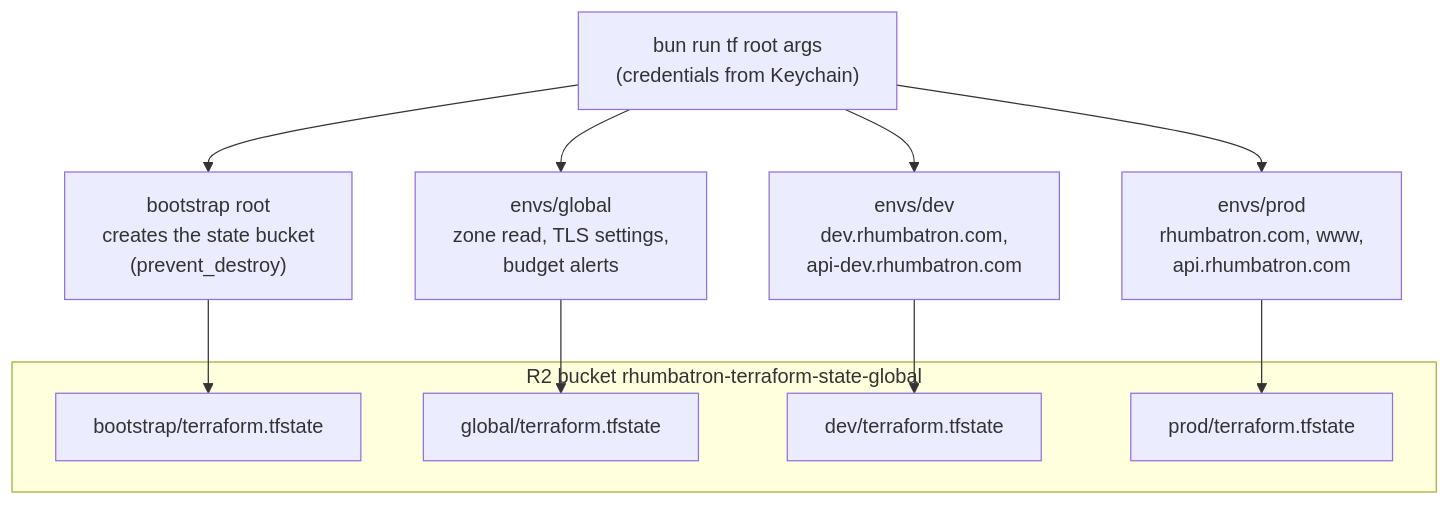
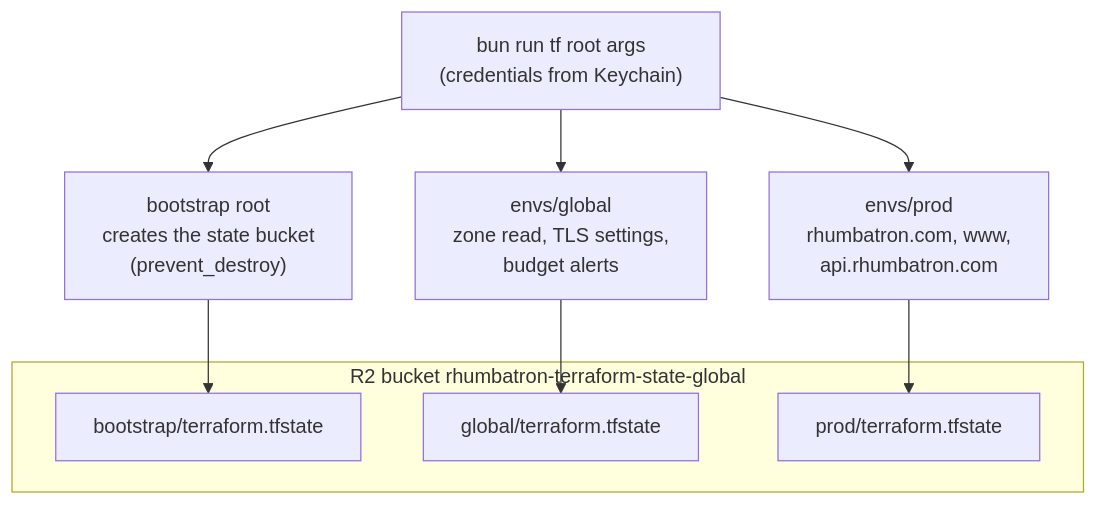
The first of 6 diagrams in docs/architecture/infrastructure-and-cost.md (nsudhanva/rhumbatron), drawn with Mermaid before and after one commit. The commit also changed other lines of this file and 20 other files, not shown here.

````diff
--- a/docs/architecture/infrastructure-and-cost.md
+++ b/docs/architecture/infrastructure-and-cost.md
@@ -20,17 +20,14 @@
 ```mermaid
 flowchart TB
   subgraph R2["R2 bucket rhumbatron-terraform-state-global"]
     KB["bootstrap/terraform.tfstate"]
     KG["global/terraform.tfstate"]
-    KD["dev/terraform.tfstate"]
     KP["prod/terraform.tfstate"]
   end
   BOOT["bootstrap root<br/>creates the state bucket<br/>(prevent_destroy)"] --> KB
   GLOB["envs/global<br/>zone read, TLS settings,<br/>budget alerts"] --> KG
-  DEV["envs/dev<br/>dev.rhumbatron.com,<br/>api-dev.rhumbatron.com"] --> KD
   PROD["envs/prod<br/>rhumbatron.com, www,<br/>api.rhumbatron.com"] --> KP
   TF["bun run tf root args<br/>(credentials from Keychain)"] --> BOOT
   TF --> GLOB
-  TF --> DEV
   TF --> PROD
 ```
````
